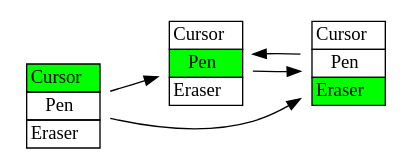
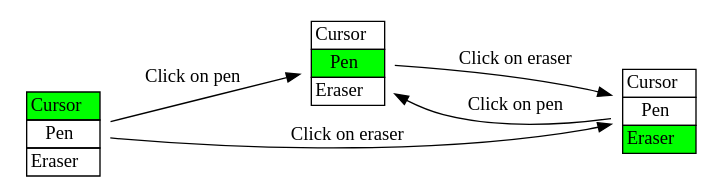
One commit to divarvel/PAPPL-OOo4Kids-Documents changed the diagram in modes_current.dot. Above: the diagram before and after it, drawn with Graphviz. The commit also changed 2 other files, not shown here.

Commit message:
Fix: Better state-transition diagrams

```diff
--- a/modes_current.dot
+++ b/modes_current.dot
@@ -1,29 +1,29 @@
 digraph modes {
     rankdir=LR
     node [shape=plaintext];
     state1 [label=<
 <TABLE BORDER="0" CELLBORDER="1" CELLSPACING="0">
 <TR><TD>Cursor</TD></TR>
 <TR><TD BGCOLOR="#00FF00">Pen</TD></TR>
 <TR><TD>Eraser</TD></TR>
 </TABLE>>];
     state2 [label=<
 <TABLE BORDER="0" CELLBORDER="1" CELLSPACING="0">
 <TR><TD BGCOLOR="#00FF00">Cursor</TD></TR>
 <TR><TD>Pen</TD></TR>
 <TR><TD>Eraser</TD></TR>
 </TABLE>>];
     state3 [label=<
 <TABLE BORDER="0" CELLBORDER="1" CELLSPACING="0">
 <TR><TD>Cursor</TD></TR>
 <TR><TD>Pen</TD></TR>
 <TR><TD BGCOLOR="#00FF00">Eraser</TD></TR>
 </TABLE>>];
 
-    state2 -> state1;
+    state2 -> state1 [label="Click on pen"];
 
-    state2 -> state3;
+    state2 -> state3 [label="Click on eraser"];
 
-    state1 -> state3;
-    state3 -> state1;
+    state1 -> state3 [label="Click on eraser"];
+    state3 -> state1 [label="Click on pen"];
 }
```
